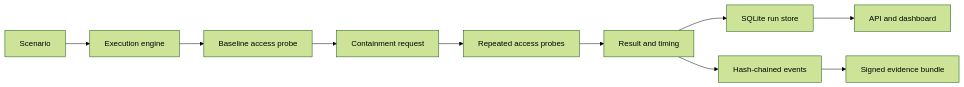
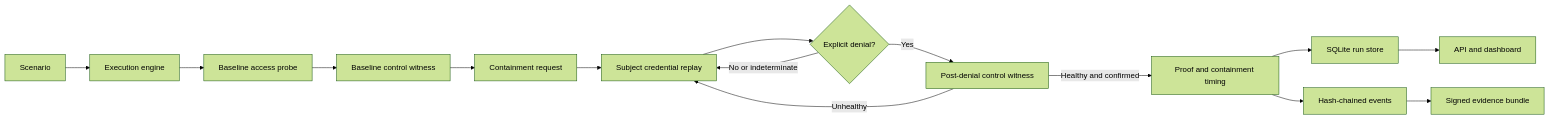
Before and after one commit to sonu07-star/containmentci: the diagram in docs/architecture.md, drawn with Mermaid (forest theme). The commit also changed other lines of this file and 50 other files, not shown here.

````diff
--- a/docs/architecture.md
+++ b/docs/architecture.md
@@ -5,12 +5,17 @@
 ```mermaid
 flowchart LR
     S[Scenario] --> E[Execution engine]
     E --> B[Baseline access probe]
-    B --> C[Containment request]
-    C --> P[Repeated access probes]
-    P --> R[Result and timing]
+    B --> W0[Baseline control witness]
+    W0 --> C[Containment request]
+    C --> P[Subject credential replay]
+    P --> D{Explicit denial?}
+    D -->|No or indeterminate| P
+    D -->|Yes| W[Post-denial control witness]
+    W -->|Unhealthy| P
+    W -->|Healthy and confirmed| R[Proof and containment timing]
     R --> L[SQLite run store]
     R --> H[Hash-chained events]
     H --> G[Signed evidence bundle]
     L --> A[API and dashboard]
 ```
````
